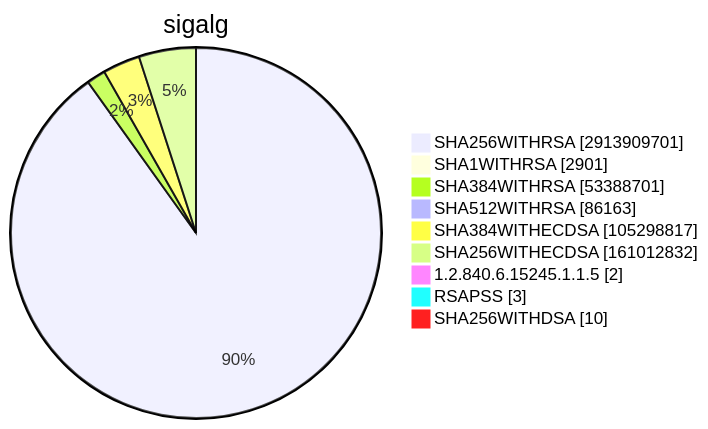
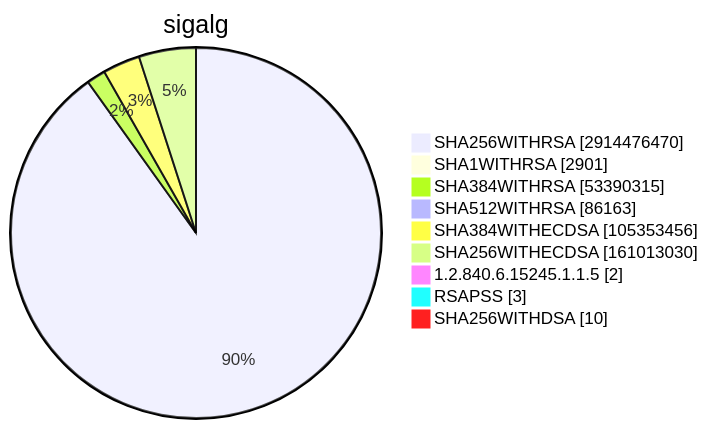
One commit to christiankrug/ctmonitor_visualization changed diagram 15 of 15 in TOTAL/README.md. Above: the diagram before and after it, drawn with Mermaid. The commit also changed other lines of this file, not shown here.

````diff
--- a/TOTAL/README.md
+++ b/TOTAL/README.md
@@ -6207,13 +6207,13 @@
 ```mermaid
 pie showData
 title sigalg
-"SHA256WITHRSA" :2913909701
+"SHA256WITHRSA" :2914476470
 "SHA1WITHRSA" :2901
-"SHA384WITHRSA" :53388701
+"SHA384WITHRSA" :53390315
 "SHA512WITHRSA" :86163
-"SHA384WITHECDSA" :105298817
-"SHA256WITHECDSA" :161012832
+"SHA384WITHECDSA" :105353456
+"SHA256WITHECDSA" :161013030
 "1.2.840.6.15245.1.1.5" :2
 "RSAPSS" :3
 "SHA256WITHDSA" :10
 ```
````
